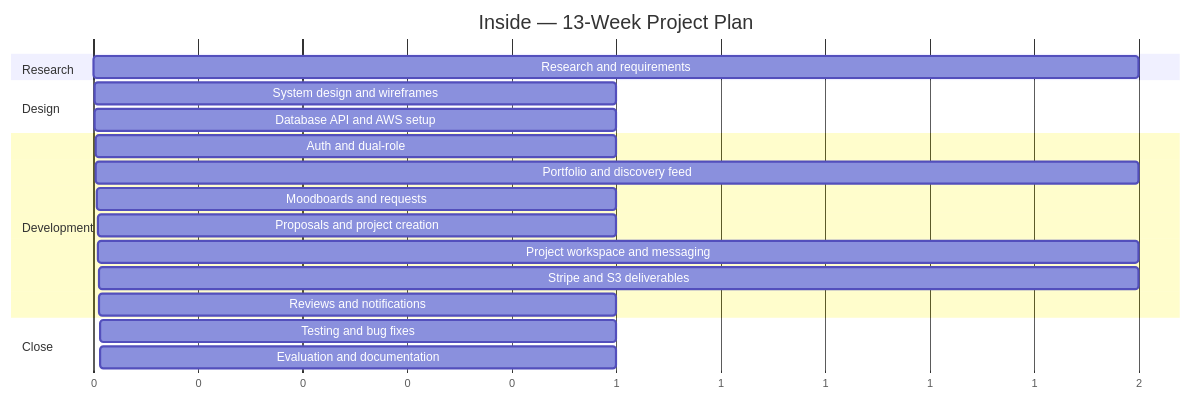
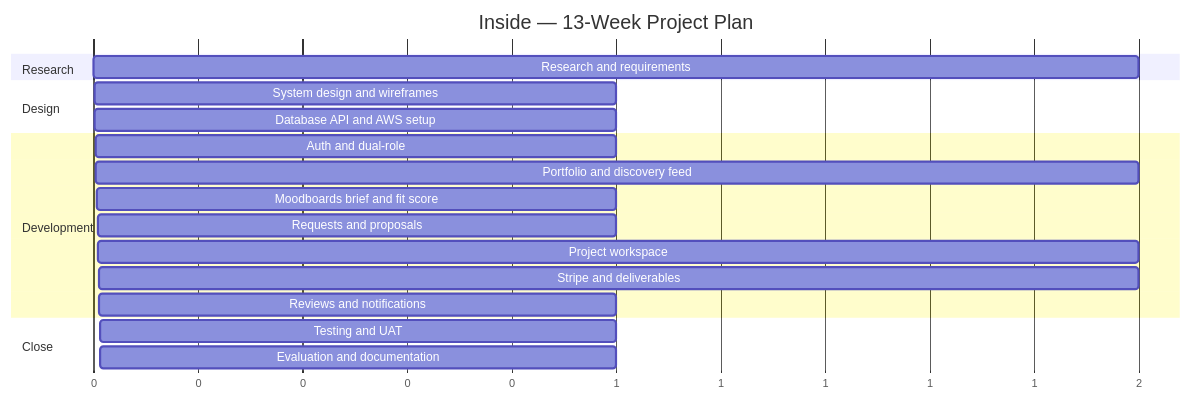
Before and after one commit to MNSBaanu/Inside: the diagram in docs/Proposal/10-project-plan.md, drawn with Mermaid. The commit also changed other lines of this file and 11 other files, not shown here.

````diff
--- a/docs/Proposal/10-project-plan.md
+++ b/docs/Proposal/10-project-plan.md
@@ -41,23 +109,22 @@
 ```mermaid
 gantt
     title Inside — 13-Week Project Plan
     dateFormat X
     axisFormat %s
-
     section Research
     Research and requirements           :a1, 0, 2
     section Design
     System design and wireframes        :a2, 2, 1
     Database API and AWS setup          :a3, 3, 1
     section Development
     Auth and dual-role                  :a4, 4, 1
     Portfolio and discovery feed        :a5, 5, 2
-    Moodboards and requests             :a6, 7, 1
-    Proposals and project creation      :a7, 8, 1
-    Project workspace and messaging     :a8, 9, 2
-    Stripe and S3 deliverables          :a9, 10, 2
+    Moodboards brief and fit score      :a6, 7, 1
+    Requests and proposals              :a7, 8, 1
+    Project workspace                   :a8, 9, 2
+    Stripe and deliverables             :a9, 10, 2
     Reviews and notifications           :a10, 11, 1
     section Close
-    Testing and bug fixes               :a11, 12, 1
+    Testing and UAT                     :a11, 12, 1
     Evaluation and documentation        :a12, 13, 1
 ```
````
